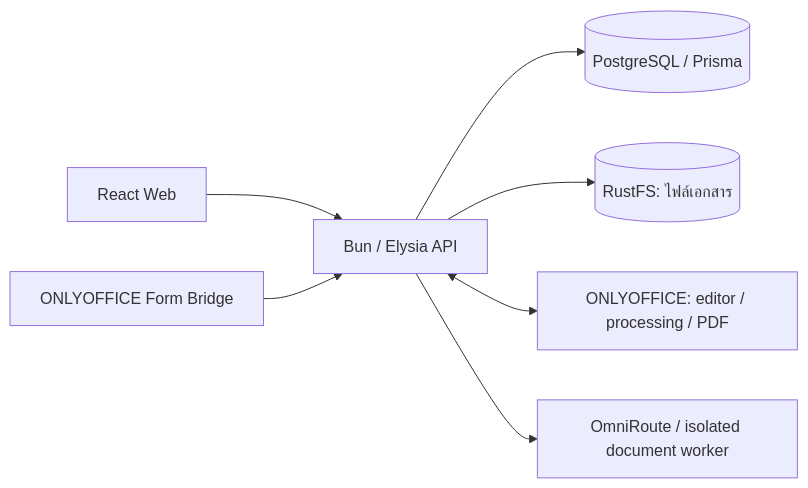
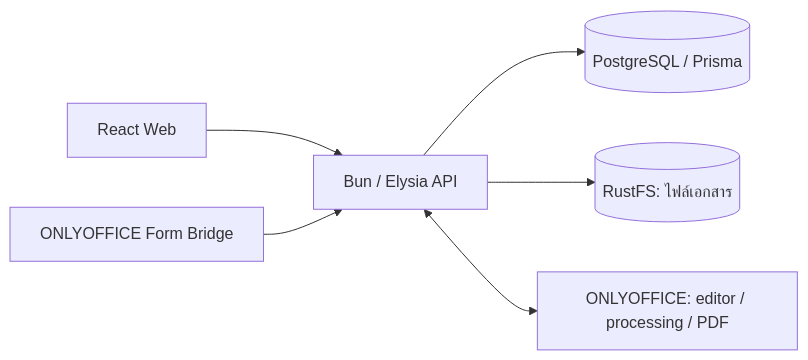
Before and after one commit to AquilaStudio2/folio-forms: the first of 2 diagrams in docs/ARCHITECTURE.th.md, drawn with Mermaid. The commit also changed other lines of this file and 145 other files, not shown here.

````diff
--- a/docs/ARCHITECTURE.th.md
+++ b/docs/ARCHITECTURE.th.md
@@ -9,9 +11,8 @@
 ```mermaid
 flowchart LR
   Web[React Web] --> API[Bun / Elysia API]
   Plugin[ONLYOFFICE Form Bridge] --> API
   API --> DB[(PostgreSQL / Prisma)]
   API --> Storage[(RustFS: ไฟล์เอกสาร)]
   API <--> Office[ONLYOFFICE: editor / processing / PDF]
-  API --> AI[OmniRoute / isolated document worker]
 ```
````
